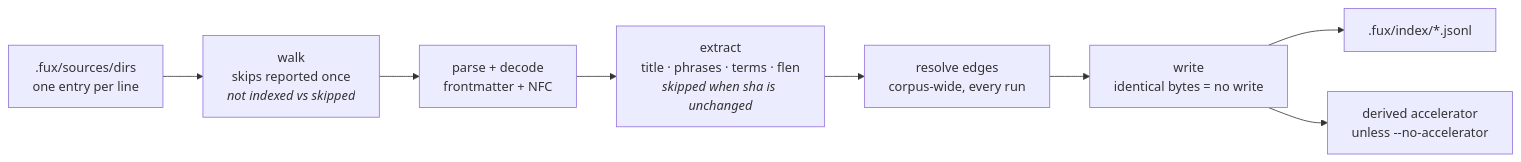
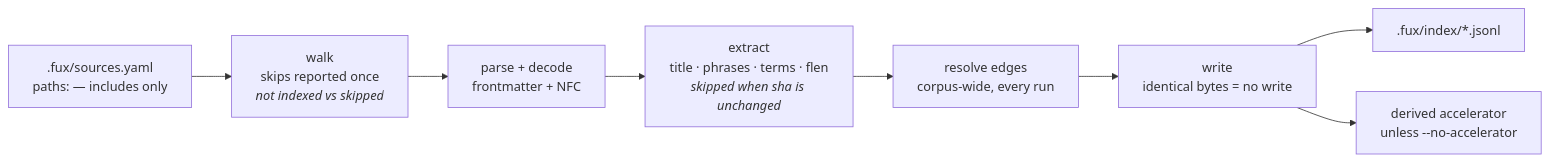
The diagram in records/0106_ingest.md (arpitarya/fux), drawn with Mermaid before and after one commit. The commit also changed other lines of this file and 249 other files, not shown here.

First line of the commit message:
feat(w294): one .fux/sources.yaml; .fuxignore the only exclusion

````diff
--- a/records/0106_ingest.md
+++ b/records/0106_ingest.md
@@ -85,10 +85,10 @@
 ```mermaid
 flowchart LR
-    S[".fux/sources/dirs<br/>one entry per line"] --> W["walk<br/>skips reported once<br/><i>not indexed vs skipped</i>"]
+    S[".fux/sources.yaml<br/>paths: — includes only"] --> W["walk<br/>skips reported once<br/><i>not indexed vs skipped</i>"]
     W --> P["parse + decode<br/>frontmatter + NFC"]
     P --> X["extract<br/>title · phrases · terms · flen<br/><i>skipped when sha is unchanged</i>"]
     X --> E["resolve edges<br/>corpus-wide, every run"]
     E --> WR["write<br/>identical bytes = no write"]
     WR --> I[".fux/index/*.jsonl"]
     WR --> D["derived accelerator<br/>unless --no-accelerator"]
 ```
````
